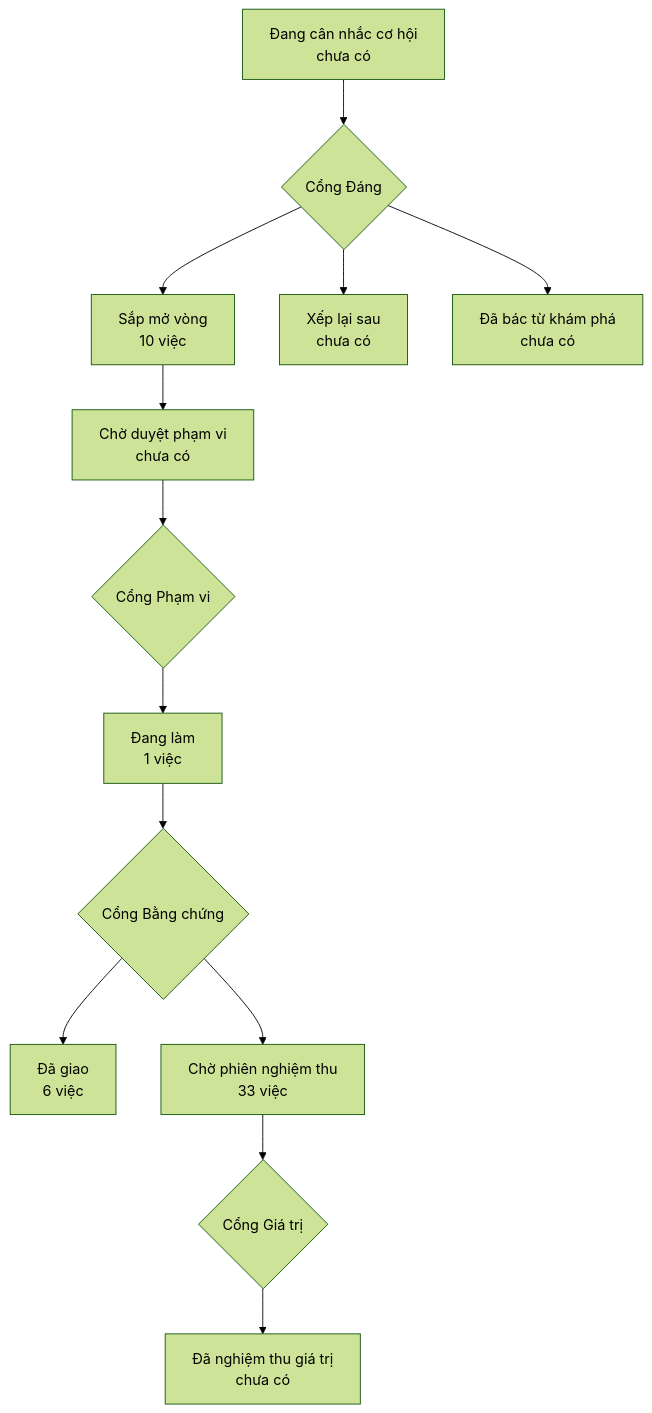
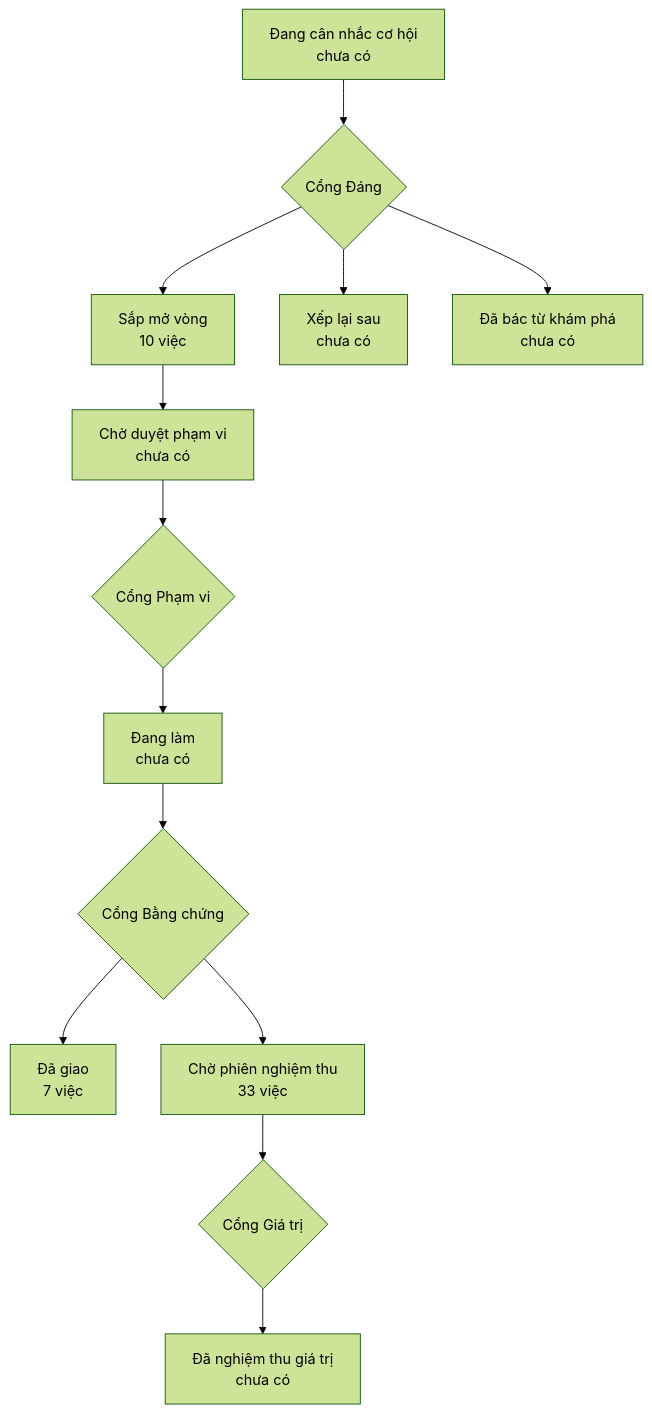
Before and after one commit to phanlemanh/onehub-quy-hang: the diagram in PRODUCT-MAP.md, drawn with Mermaid (forest theme). The commit also changed other lines of this file and 4 other files, not shown here.

````diff
--- a/PRODUCT-MAP.md
+++ b/PRODUCT-MAP.md
@@ -7,12 +7,12 @@
 ```mermaid
 flowchart TD
   A["Đang cân nhắc cơ hội<br/>chưa có"] --> GD{"Cổng Đáng"}
   GD --> B["Sắp mở vòng<br/>10 việc"]
   GD --> XL["Xếp lại sau<br/>chưa có"]
   GD --> DB["Đã bác từ khám phá<br/>chưa có"]
   B --> CD["Chờ duyệt phạm vi<br/>chưa có"] --> GP{"Cổng Phạm vi"}
-  GP --> DL["Đang làm<br/>1 việc"] --> GB{"Cổng Bằng chứng"}
-  GB --> DG["Đã giao<br/>6 việc"]
+  GP --> DL["Đang làm<br/>chưa có"] --> GB{"Cổng Bằng chứng"}
+  GB --> DG["Đã giao<br/>7 việc"]
   GB --> CN["Chờ phiên nghiệm thu<br/>33 việc"] --> GG{"Cổng Giá trị"}
   GG --> NT["Đã nghiệm thu giá trị<br/>chưa có"]
 ```
````
